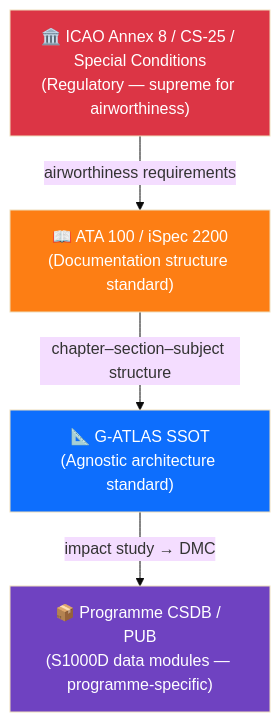
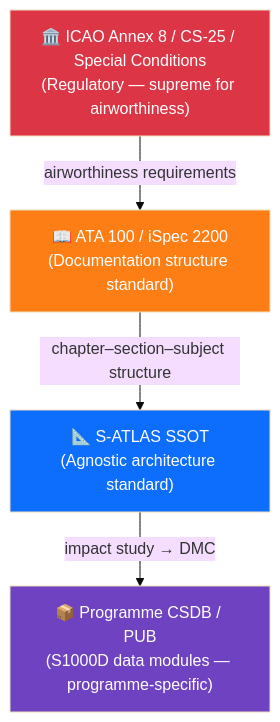
One commit to AmedeoPelliccia/Q-plus-A changed the diagram in 01_OPTIONS_ARCHITECTURE/01-03_TECHNOLOGIES/01-03-01_Q+ATLANTIDE/000-099_S-ATLAS/000-009_General-Information-and-Service/000_General/000-000_General-Introduction/000-000-006-Standards-Alignment-ATA-iSpec-2200.md. Above: the diagram before and after it, drawn with Mermaid (base theme). The commit also changed other lines of this file and 641 other files, not shown here.

````diff
--- a/01_OPTIONS_ARCHITECTURE/01-03_TECHNOLOGIES/01-03-01_Q+ATLANTIDE/000-099_S-ATLAS/000-009_General-Information-and-Service/000_General/000-000_General-Introduction/000-000-006-Standards-Alignment-ATA-iSpec-2200.md
+++ b/01_OPTIONS_ARCHITECTURE/01-03_TECHNOLOGIES/01-03-01_Q+ATLANTIDE/000-099_S-ATLAS/000-009_General-Information-and-Service/000_General/000-000_General-Introduction/000-000-006-Standards-Alignment-ATA-iSpec-2200.md
@@ -148,16 +148,16 @@
 ```mermaid
 graph TD
     REG["🏛️ ICAO Annex 8 / CS-25 / Special Conditions<br/>(Regulatory — supreme for airworthiness)"]
     ATA["📖 ATA 100 / iSpec 2200<br/>(Documentation structure standard)"]
-    GATLAS["📐 G-ATLAS SSOT<br/>(Agnostic architecture standard)"]
+    GATLAS["📐 S-ATLAS SSOT<br/>(Agnostic architecture standard)"]
     PUB["📦 Programme CSDB / PUB<br/>(S1000D data modules — programme-specific)"]
 
     REG -->|"airworthiness requirements"| ATA
     ATA -->|"chapter–section–subject structure"| GATLAS
     GATLAS -->|"impact study → DMC"| PUB
 
     style REG fill:#dc3545,color:#fff
     style ATA fill:#fd7e14,color:#fff
     style GATLAS fill:#0d6efd,color:#fff
     style PUB fill:#6f42c1,color:#fff
 ```
````
